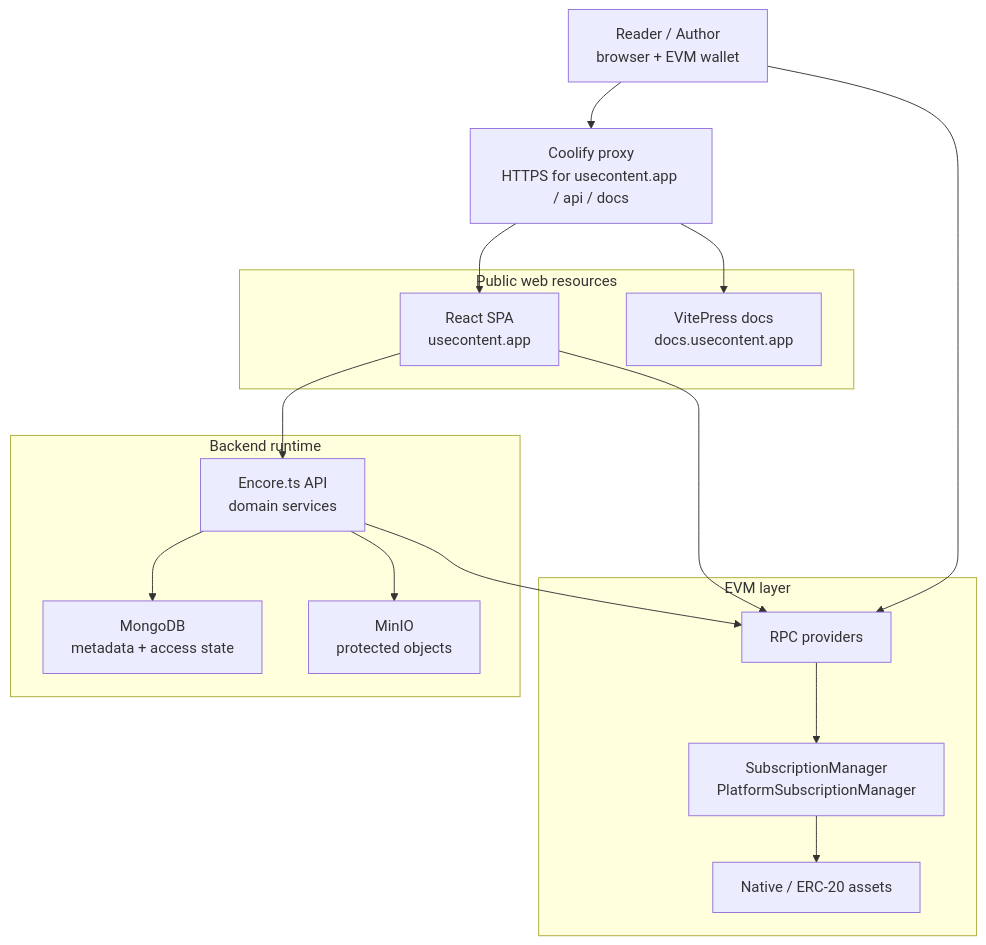
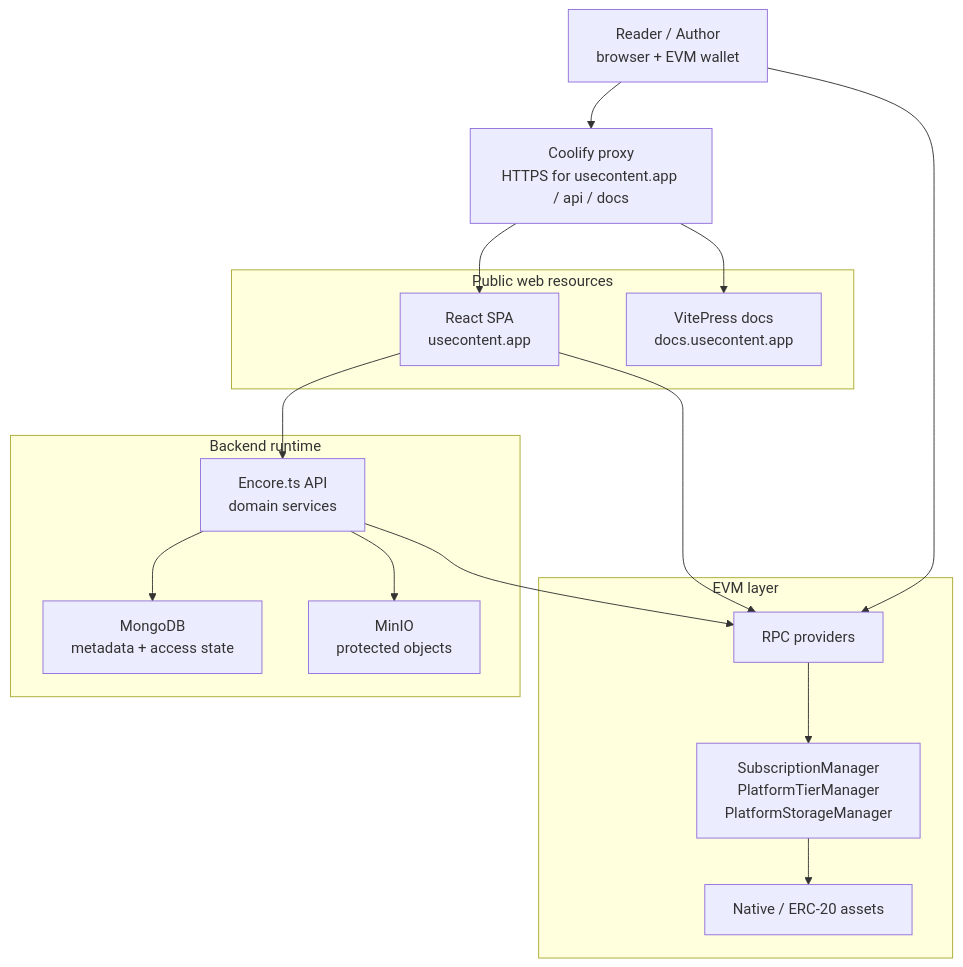
Before and after one commit to akhmetovKamil/useContent: the diagram in documentation/architecture/index.md, drawn with Mermaid. The commit also changed 36 other files, not shown here.

Commit message:
Split platform tier and storage billing contracts

````diff
--- a/documentation/architecture/index.md
+++ b/documentation/architecture/index.md
@@ -5,34 +5,34 @@
 ```mermaid
 flowchart TD
     User["Reader / Author<br/>browser + EVM wallet"]
     Proxy["Coolify proxy<br/>HTTPS for usecontent.app / api / docs"]
 
     subgraph Public["Public web resources"]
         Frontend["React SPA<br/>usecontent.app"]
         Docs["VitePress docs<br/>docs.usecontent.app"]
     end
 
     subgraph Server["Backend runtime"]
         API["Encore.ts API<br/>domain services"]
         Data["MongoDB<br/>metadata + access state"]
         Files["MinIO<br/>protected objects"]
     end
 
     subgraph Web3["EVM layer"]
         RPC["RPC providers"]
-        Managers["SubscriptionManager<br/>PlatformSubscriptionManager"]
+        Managers["SubscriptionManager<br/>PlatformTierManager<br/>PlatformStorageManager"]
         Tokens["Native / ERC-20 assets"]
     end
 
     User --> Proxy
     Proxy --> Frontend
     Proxy --> Docs
     Frontend --> API
     API --> Data
     API --> Files
     Frontend --> RPC
     User --> RPC
     API --> RPC
     RPC --> Managers
     Managers --> Tokens
 ```
````
